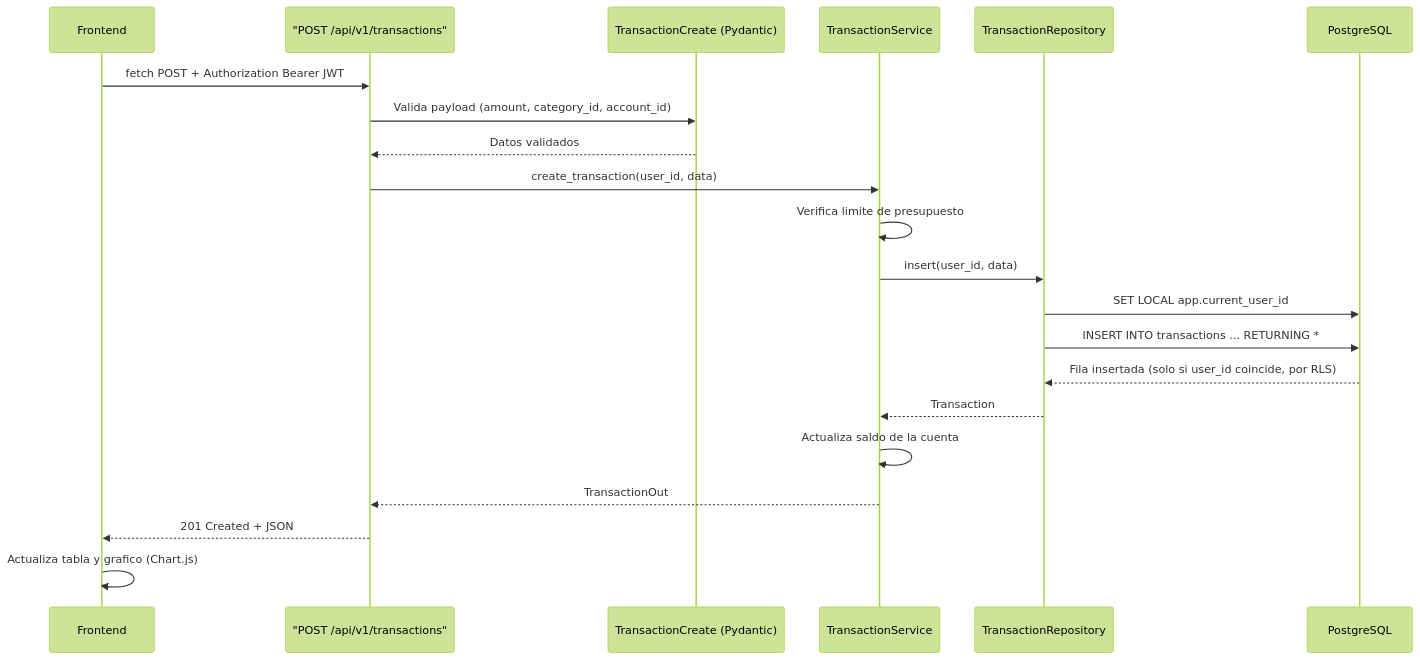
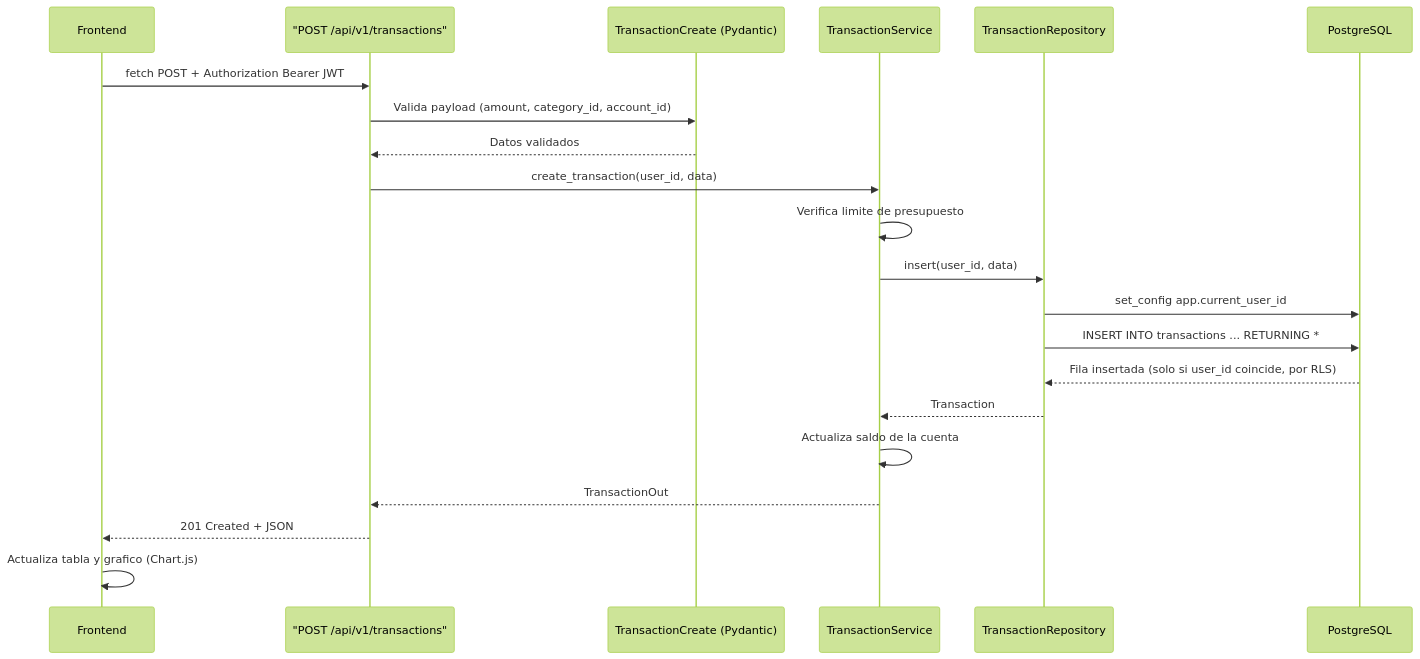
Before and after one commit to marianavargasospina/Fintrack: the third of 3 diagrams in docs/architecture.md, drawn with Mermaid (forest theme). The commit also changed other lines of this file and 23 other files, not shown here.

````diff
--- a/docs/architecture.md
+++ b/docs/architecture.md
@@ -199,24 +199,24 @@
 ```mermaid
 sequenceDiagram
     participant F as Frontend
     participant R as "POST /api/v1/transactions"
     participant Sch as TransactionCreate (Pydantic)
     participant S as TransactionService
     participant Repo as TransactionRepository
     participant DB as PostgreSQL
 
     F->>R: fetch POST + Authorization Bearer JWT
     R->>Sch: Valida payload (amount, category_id, account_id)
     Sch-->>R: Datos validados
     R->>S: create_transaction(user_id, data)
     S->>S: Verifica limite de presupuesto
     S->>Repo: insert(user_id, data)
-    Repo->>DB: SET LOCAL app.current_user_id
+    Repo->>DB: set_config app.current_user_id
     Repo->>DB: INSERT INTO transactions ... RETURNING *
     DB-->>Repo: Fila insertada (solo si user_id coincide, por RLS)
     Repo-->>S: Transaction
     S->>S: Actualiza saldo de la cuenta
     S-->>R: TransactionOut
     R-->>F: 201 Created + JSON
     F->>F: Actualiza tabla y grafico (Chart.js)
 ```
````
